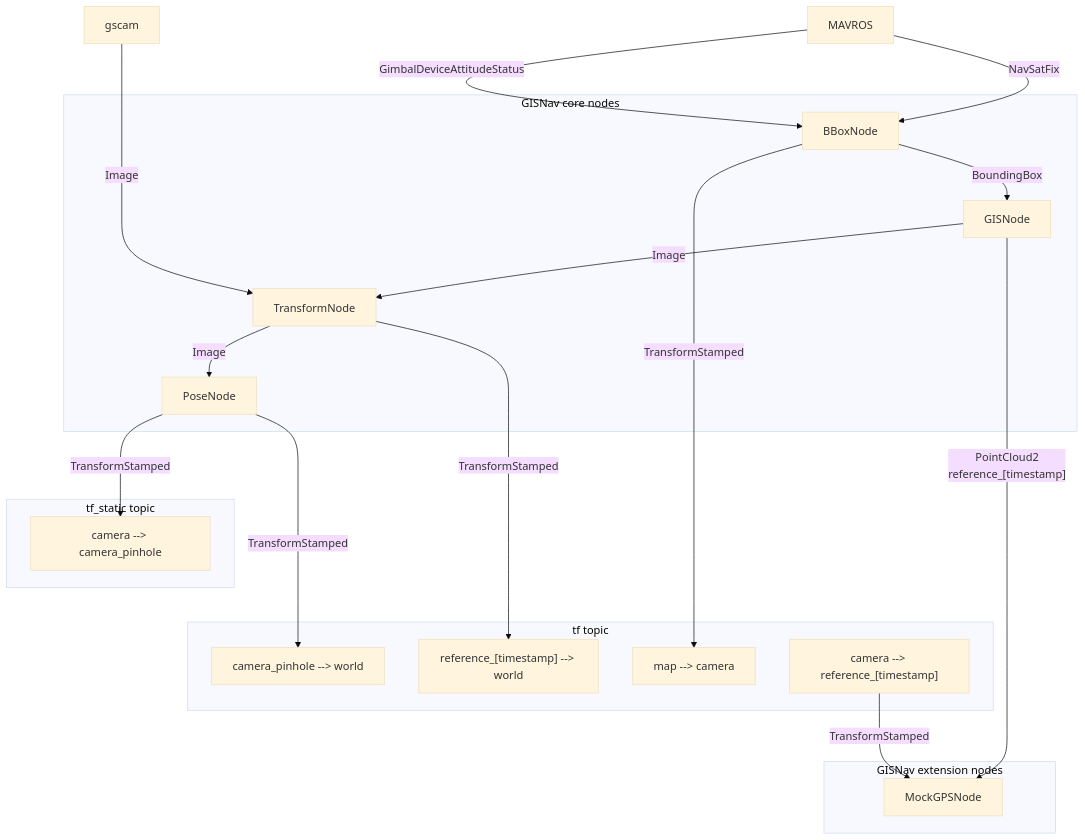
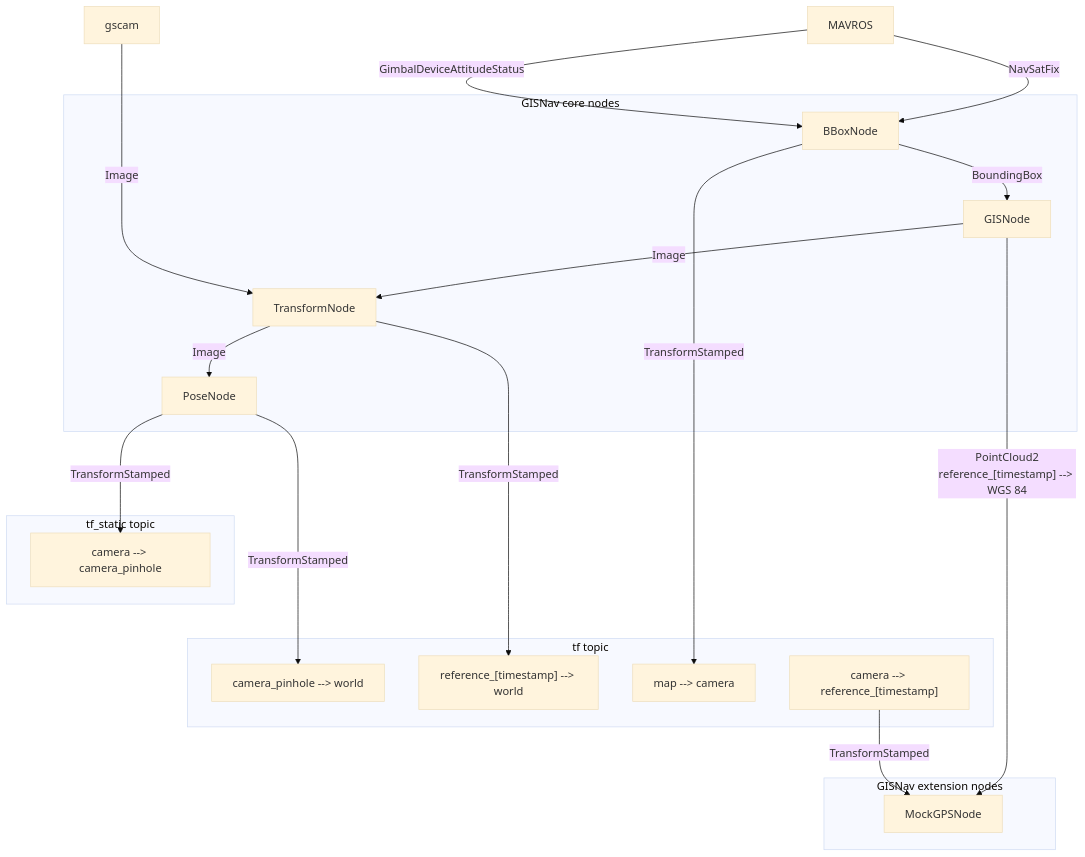
Before and after one commit to hmakelin/gisnav: the diagram in docs/pages/developer_guide/integration/ros_messaging.rst, drawn with Mermaid (base theme).

Commit message:
Make purpose of PointCloud2 message more apparent in diagram

```diff
--- a/docs/pages/developer_guide/integration/ros_messaging.rst
+++ b/docs/pages/developer_guide/integration/ros_messaging.rst
@@ -47,37 +47,37 @@
 .. mermaid::
 
     graph TB
         MAVROS -->|"NavSatFix"| BBoxNode
         MAVROS -->|"GimbalDeviceAttitudeStatus"| BBoxNode
 
         subgraph core["GISNav core nodes"]
             BBoxNode -->|"BoundingBox"| GISNode
             GISNode -->|"Image"| TransformNode
             TransformNode -->|"Image"| PoseNode
         end
 
         subgraph tf["tf topic"]
             camera_pinhole_to_world["camera_pinhole --> world"]
             reference_to_world["reference_[timestamp] --> world"]
             map_to_camera["map --> camera"]
             camera_to_reference["camera --> reference_[timestamp]"]
 
         end
 
         subgraph tf_static["tf_static topic"]
             camera_to_camera_pinhole["camera --> camera_pinhole"]
         end
 
         subgraph extension["GISNav extension nodes"]
             MockGPSNode["MockGPSNode"]
         end
 
         gscam ---->|"Image"| TransformNode
 
-        GISNode -->|"PointCloud2\nreference_[timestamp]"| MockGPSNode
+        GISNode -->|"PointCloud2\nreference_[timestamp] --> WGS 84"| MockGPSNode
         camera_to_reference -->|"TransformStamped"| MockGPSNode
 
         PoseNode --->|"TransformStamped"| camera_pinhole_to_world
         PoseNode -->|"TransformStamped"| camera_to_camera_pinhole
         TransformNode -->|"TransformStamped"| reference_to_world
         BBoxNode -->|"TransformStamped"| map_to_camera
```
